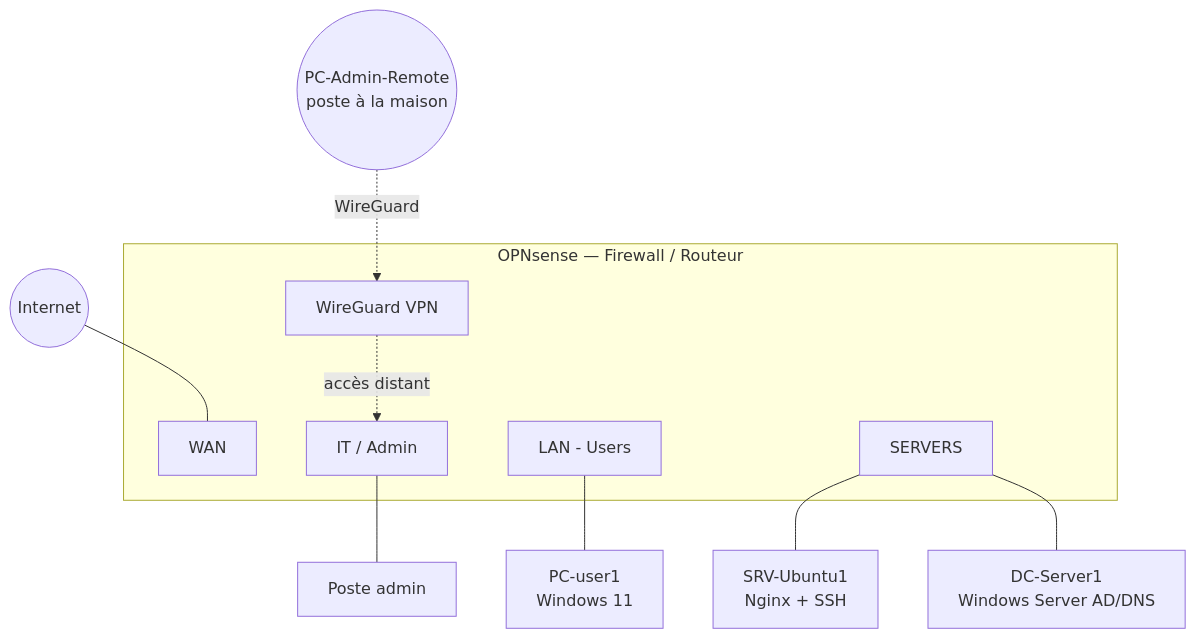
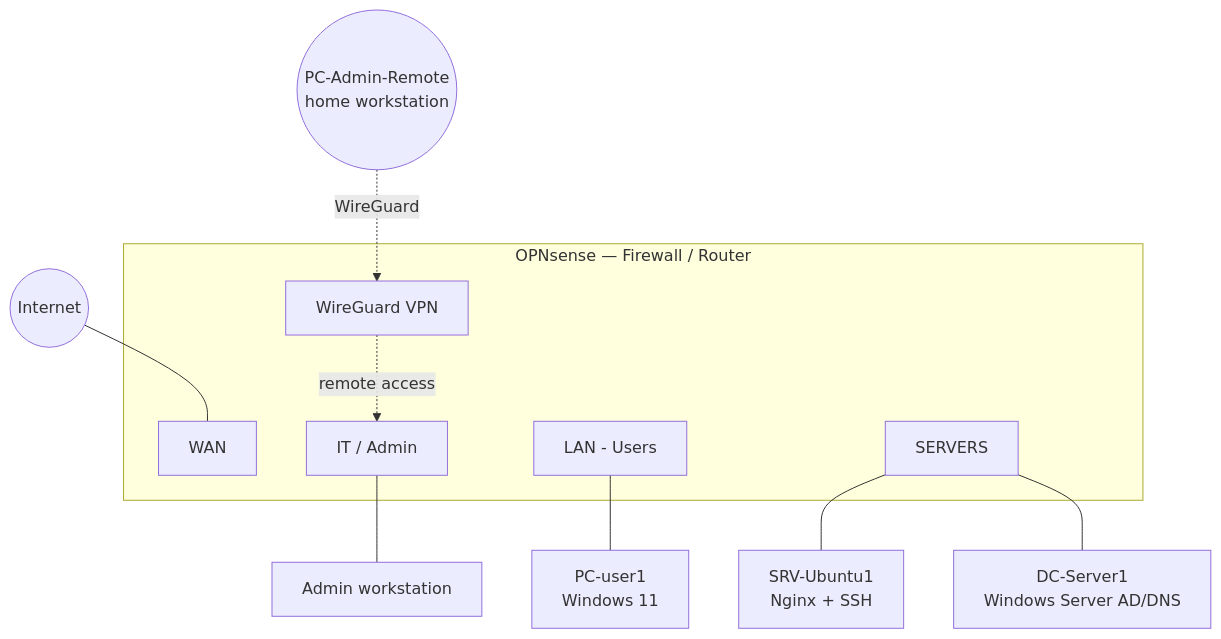
One commit to bilalgh1/network-admin-lab changed the diagram in README.md. Above: the diagram before and after it, drawn with Mermaid. The commit also changed other lines of this file and 18 other files, not shown here.

````diff
--- a/README.md
+++ b/README.md
@@ -13,18 +13,18 @@
 ```mermaid
 flowchart TB
     INTERNET((Internet))
-    subgraph FW["OPNsense — Firewall / Routeur"]
+    subgraph FW["OPNsense — Firewall / Router"]
         WAN[WAN]
         LAN[LAN - Users]
         SRV[SERVERS]
         IT[IT / Admin]
         VPN[WireGuard VPN]
     end
     INTERNET --- WAN
     LAN --- PC1[PC-user1<br/>Windows 11]
     SRV --- UB[SRV-Ubuntu1<br/>Nginx + SSH]
     SRV --- DC[DC-Server1<br/>Windows Server AD/DNS]
-    IT --- ADMIN[Poste admin]
-    VPN -.accès distant.-> IT
-    REMOTE((PC-Admin-Remote<br/>poste à la maison)) -.WireGuard.-> VPN
+    IT --- ADMIN[Admin workstation]
+    VPN -.remote access.-> IT
+    REMOTE((PC-Admin-Remote<br/>home workstation)) -.WireGuard.-> VPN
 ```
````
